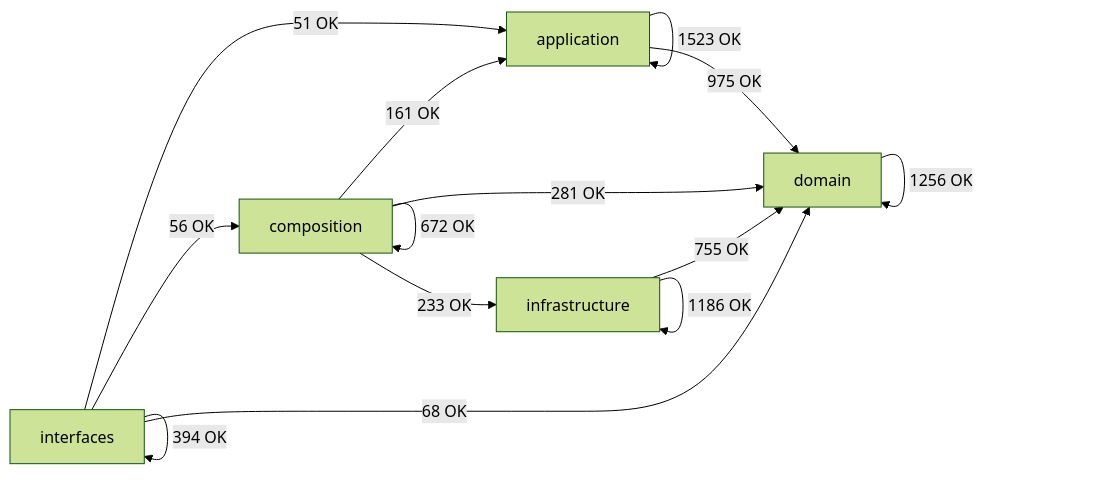
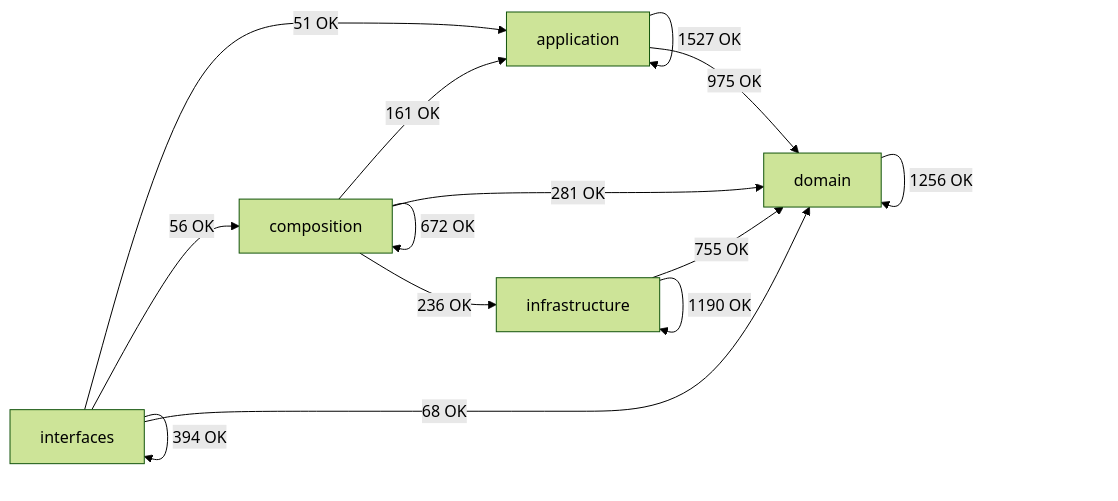
One commit to SatoryKono/BioactivityDataAcquisition changed the diagram in docs/02-architecture/generated/module-dependency-map.md. Above: the diagram before and after it, drawn with Mermaid (forest theme). The commit also changed other lines of this file and 8 other files, not shown here.

````diff
--- a/docs/02-architecture/generated/module-dependency-map.md
+++ b/docs/02-architecture/generated/module-dependency-map.md
@@ -17,21 +17,21 @@
 ```mermaid
 flowchart LR
     domain[domain]
     application[application]
     infrastructure[infrastructure]
     composition[composition]
     interfaces[interfaces]
-    application -->|1523 OK| application
+    application -->|1527 OK| application
     application -->|975 OK| domain
     composition -->|161 OK| application
     composition -->|672 OK| composition
     composition -->|281 OK| domain
-    composition -->|233 OK| infrastructure
+    composition -->|236 OK| infrastructure
     domain -->|1256 OK| domain
     infrastructure -->|755 OK| domain
-    infrastructure -->|1186 OK| infrastructure
+    infrastructure -->|1190 OK| infrastructure
     interfaces -->|51 OK| application
     interfaces -->|56 OK| composition
     interfaces -->|68 OK| domain
     interfaces -->|394 OK| interfaces
 ```
````
